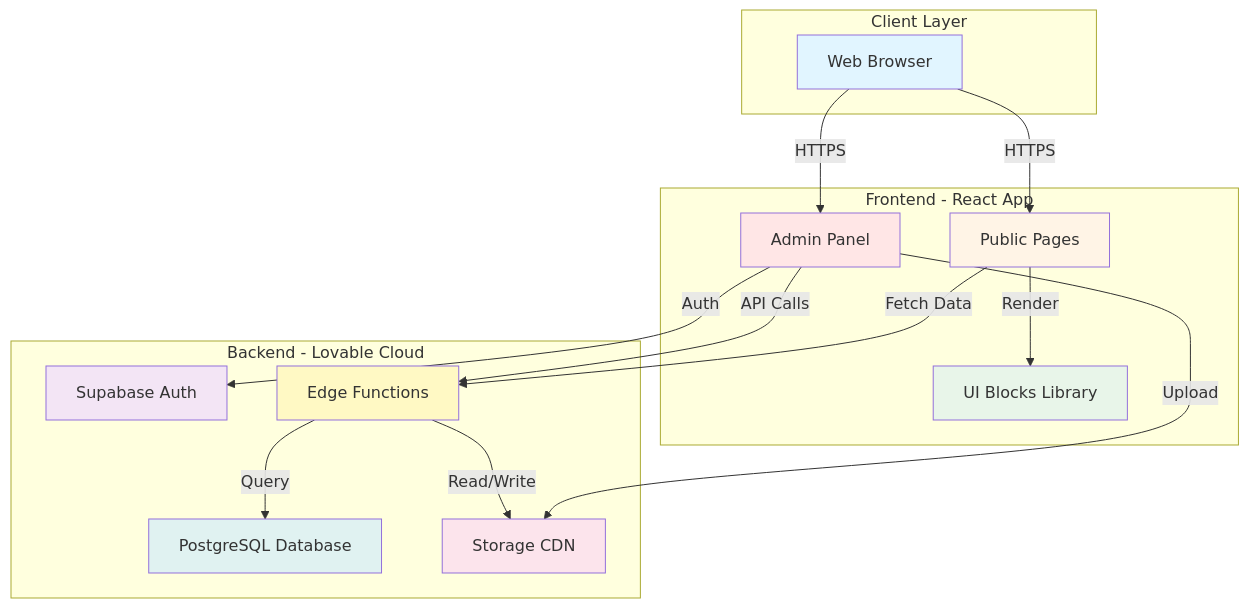
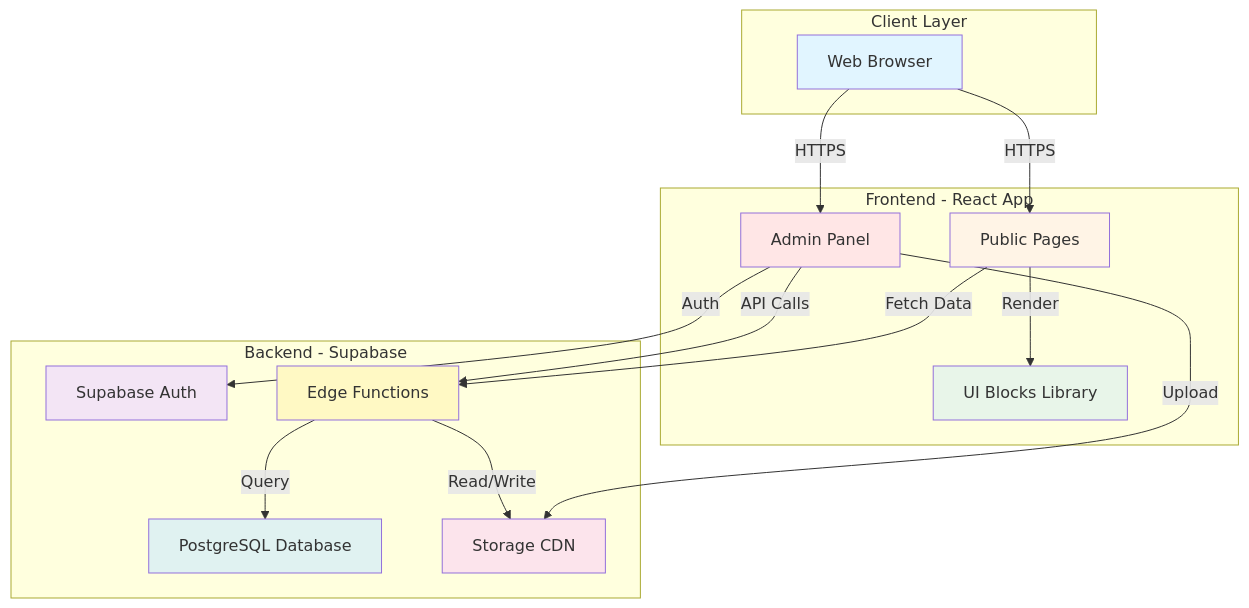
The first of 8 diagrams in docs/backend/Architecture.md (devmartsuriname/devmart-extreame-zivan), drawn with Mermaid before and after one commit. The commit also changed other lines of this file and 6 other files, not shown here.

````diff
--- a/docs/backend/Architecture.md
+++ b/docs/backend/Architecture.md
@@ -12,38 +12,38 @@
 ```mermaid
 graph TB
     subgraph "Client Layer"
         A[Web Browser]
     end
     
     subgraph "Frontend - React App"
         B[Public Pages]
         C[Admin Panel]
         D[UI Blocks Library]
     end
     
-    subgraph "Backend - Lovable Cloud"
+    subgraph "Backend - Supabase"
         E[Supabase Auth]
         F[PostgreSQL Database]
         G[Edge Functions]
         H[Storage CDN]
     end
     
     A -->|HTTPS| B
     A -->|HTTPS| C
     B -->|Render| D
     C -->|Auth| E
     C -->|API Calls| G
     B -->|Fetch Data| G
     G -->|Query| F
     G -->|Read/Write| H
     C -->|Upload| H
     
     style A fill:#e1f5ff
     style B fill:#fff4e6
     style C fill:#ffe6e6
     style D fill:#e8f5e9
     style E fill:#f3e5f5
     style F fill:#e0f2f1
     style G fill:#fff9c4
     style H fill:#fce4ec
 ```
````
